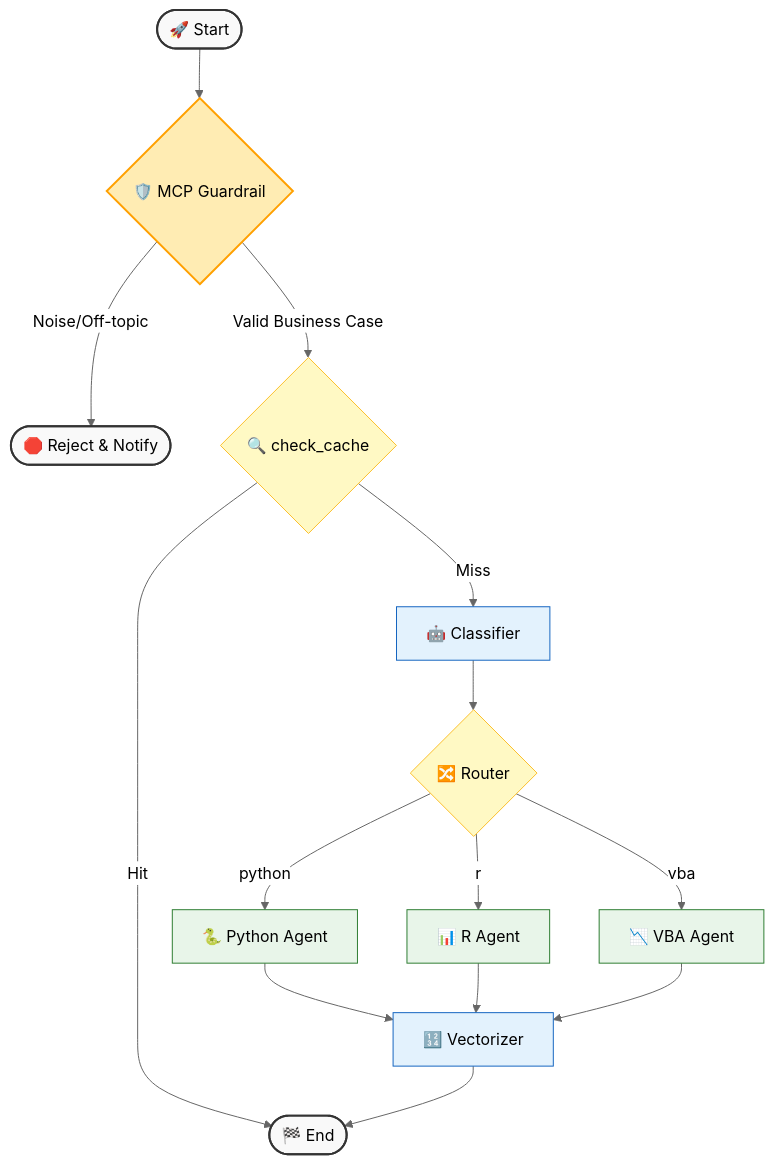
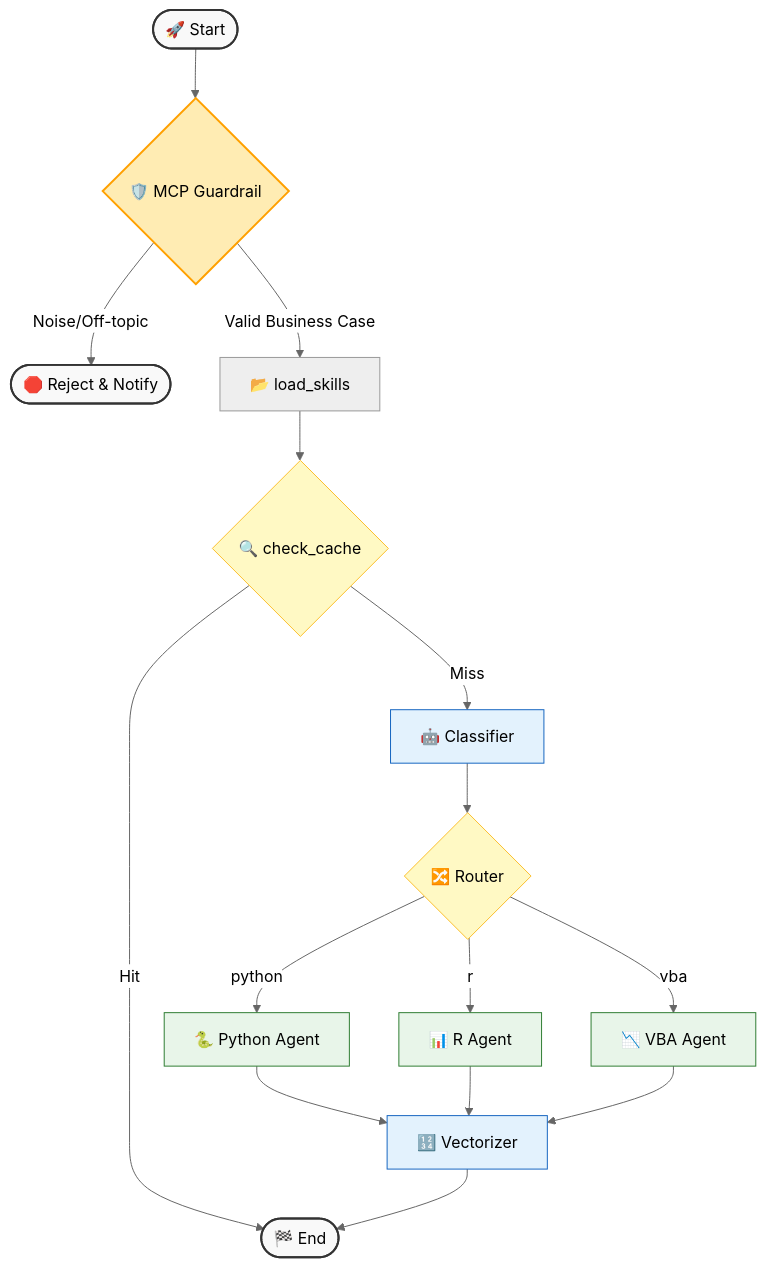
Before and after one commit to aleksanderwasilewski1310/agentic_ai_tech_stack_evaluator: the diagram in README.md, drawn with Mermaid (neutral theme). The commit also changed other lines of this file and 6 other files, not shown here.

````diff
--- a/README.md
+++ b/README.md
@@ -21,35 +21,36 @@
 ```mermaid
 graph TD
     %% Node Style Definitions
     classDef startend fill:#f9f9f9,stroke:#333,stroke-width:2px,color:black;
     classDef mcp fill:#ffecb3,stroke:#ffa000,stroke-width:2px,color:black;
     classDef proc fill:#e3f2fd,stroke:#1565c0,stroke-width:1px,color:black;
     classDef router fill:#fff9c4,stroke:#fbc02d,stroke-width:1px,color:black;
     classDef agent fill:#e8f5e9,stroke:#2e7d32,stroke-width:1px,color:black;
 
     %% Main Flow with MCP
     Start([🚀 Start]) --> MCP{🛡️ MCP Guardrail}
     MCP -- "Noise/Off-topic" --> Reject([🛑 Reject & Notify])
-    MCP -- "Valid Business Case" --> CheckCache{🔍 check_cache}
+    MCP -- "Valid Business Case" --> LoadSkills[📂 load_skills]
+    LoadSkills[📂 load_skills] --> CheckCache{🔍 check_cache}
 
     %% Rest of the flow...
     CheckCache -- "Hit" --> End([🏁 End])
     CheckCache -- "Miss" --> Classifier[🤖 Classifier]
     Classifier --> Router{🔀 Router}
 
     %% Agents
     Router -- "python" --> PythonAgent[🐍 Python Agent]
     Router -- "r" --> RAgent[📊 R Agent]
     Router -- "vba" --> VBAAgent[📉 VBA Agent]
 
     PythonAgent --> Vectorizer[🔢 Vectorizer]
     RAgent --> Vectorizer
     VBAAgent --> Vectorizer
     Vectorizer --> End
 
     class Start,End,Reject startend;
     class MCP mcp;
     class Classifier,Vectorizer proc;
     class Router,CheckCache router;
     class PythonAgent,RAgent,VBAAgent agent;
 ```
````
